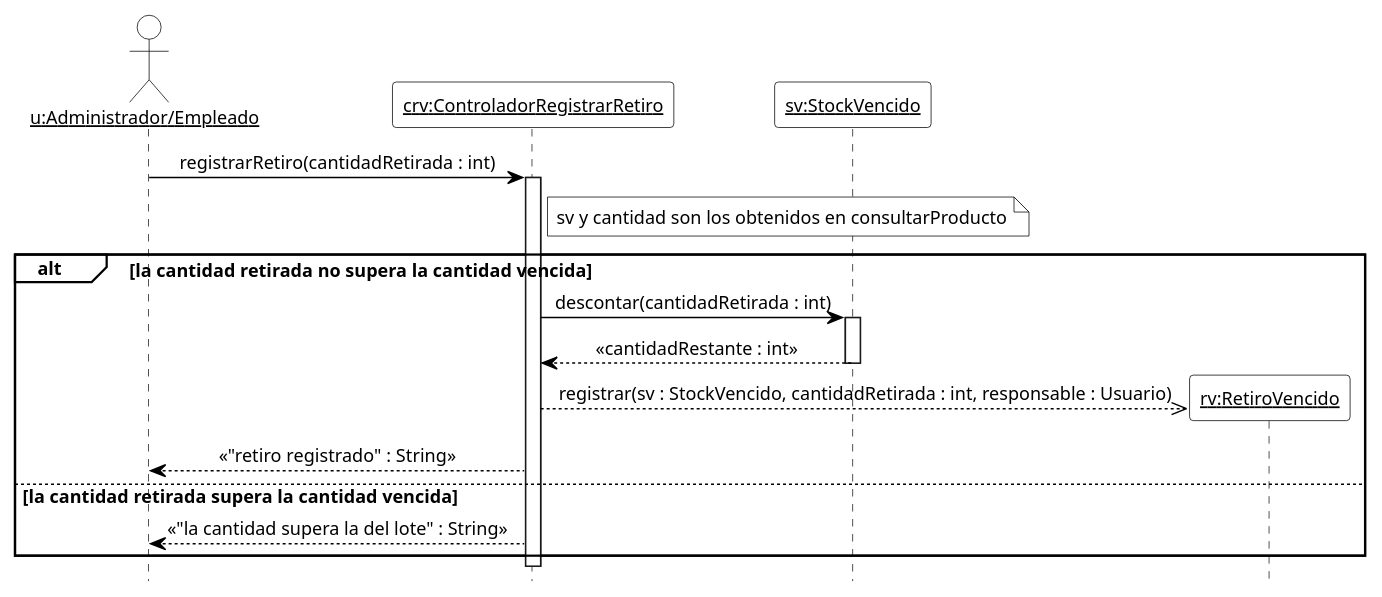
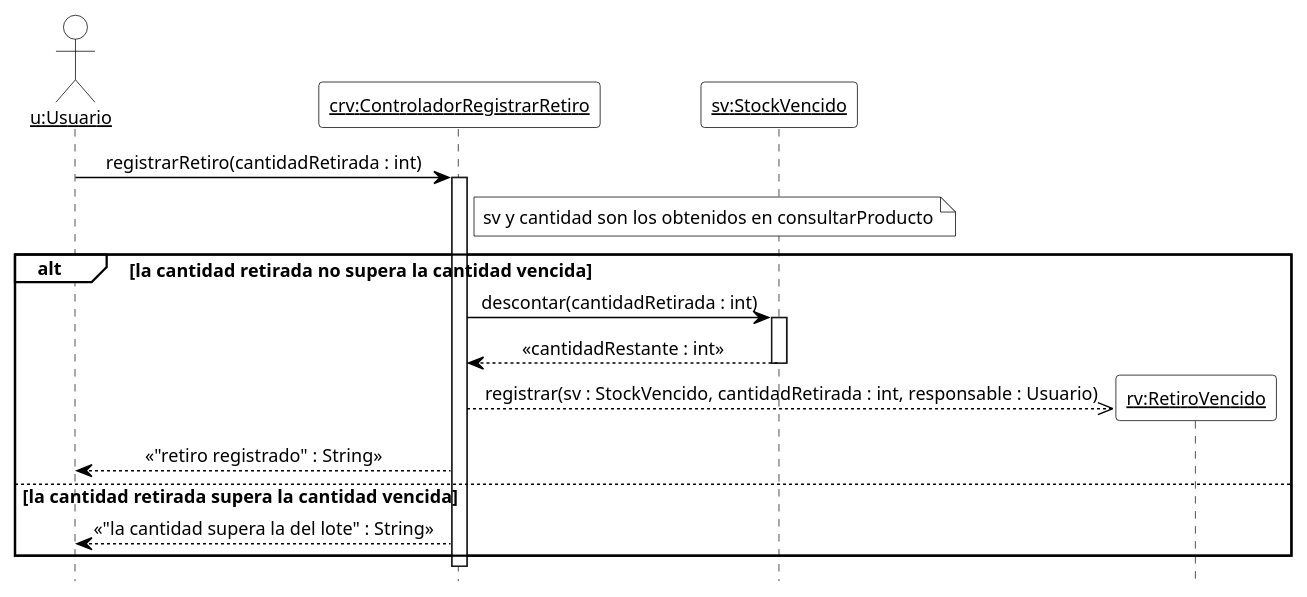
One commit to cirotop/Stock-Project changed diagram 15 of 18 in 08-Diagrama De Secuencia/Diagramas_de_Secuencia.md. Above: the diagram before and after it, drawn with PlantUML. The commit also changed other lines of this file and 36 other files, not shown here.

````diff
--- a/08-Diagrama De Secuencia/Diagramas_de_Secuencia.md
+++ b/08-Diagrama De Secuencia/Diagramas_de_Secuencia.md
@@ -1023,43 +1029,43 @@
 ```plantuml
 @startuml DSD_CU-07_registrarRetiro
 ' Diagrama de Secuencia de Diseño (DSD) - CU-07 Registrar retiro de mercadería vencida - registrarRetiro
 ' Estilo de los ejemplos de la teoría (introducirArticulo / crearNuevaVenta).
 hide footbox
 skinparam shadowing false
 skinparam defaultFontName Arial
 skinparam defaultFontSize 12
 skinparam sequenceMessageAlign center
 skinparam ArrowColor black
 skinparam ParticipantBackgroundColor white
 skinparam ParticipantBorderColor black
 skinparam CollectionsBackgroundColor white
 skinparam CollectionsBorderColor black
 skinparam ActorBackgroundColor white
 skinparam ActorBorderColor black
 skinparam LifeLineBorderColor black
 skinparam LifeLineBackgroundColor white
 skinparam SequenceGroupBackgroundColor white
 skinparam SequenceGroupBorderColor black
 skinparam SequenceGroupHeaderFontColor black
 skinparam NoteBackgroundColor white
 skinparam NoteBorderColor black
 
-actor "<u>u:Administrador/Empleado</u>" as u
+actor "<u>u:Usuario</u>" as u
 participant "<u>crv:ControladorRegistrarRetiro</u>" as crv
 participant "<u>sv:StockVencido</u>" as sv
 
 u -> crv ++ : registrarRetiro(cantidadRetirada : int)
 note right of crv : sv y cantidad son los obtenidos en consultarProducto
 alt la cantidad retirada no supera la cantidad vencida
   crv -> sv ++ : descontar(cantidadRetirada : int)
   sv --> crv -- : «cantidadRestante : int»
   create participant "<u>rv:RetiroVencido</u>" as rv
   crv -->> rv : registrar(sv : StockVencido, cantidadRetirada : int, responsable : Usuario)
   crv --> u : «"retiro registrado" : String»
 else la cantidad retirada supera la cantidad vencida
   crv --> u : «"la cantidad supera la del lote" : String»
 end
 deactivate crv
 
 @enduml
 ```
````
